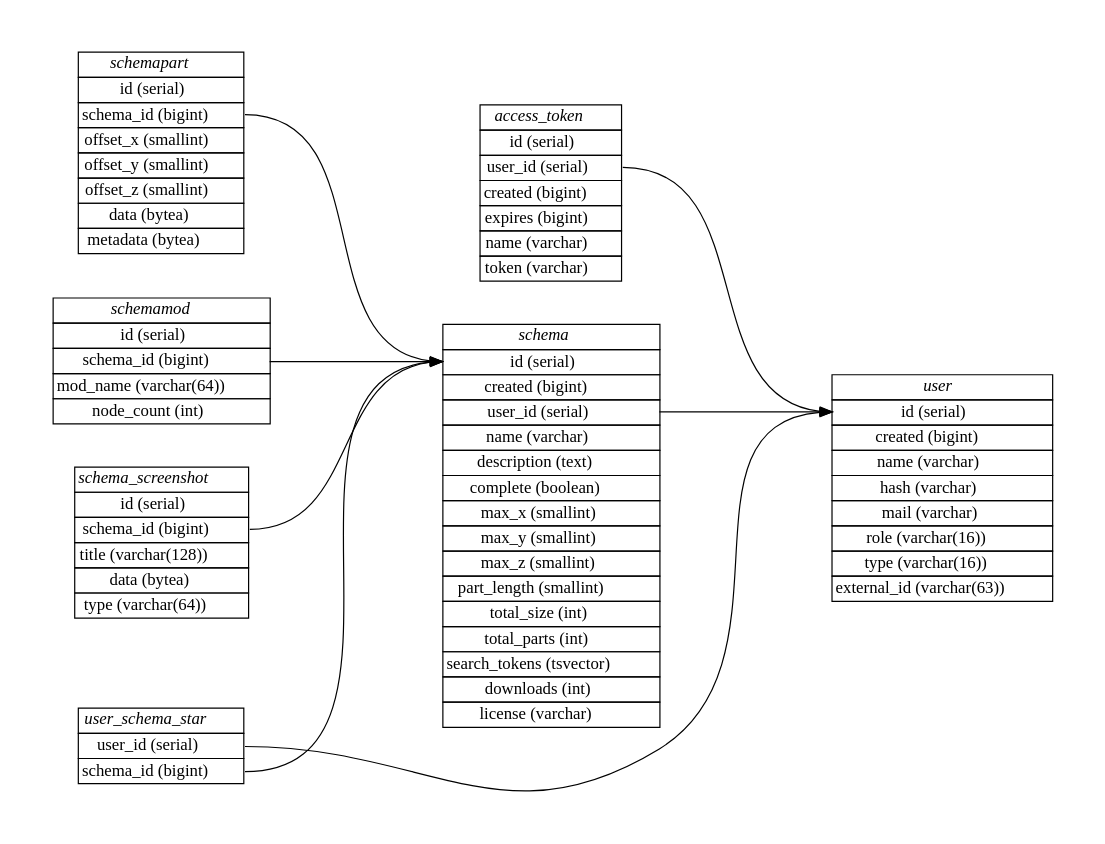
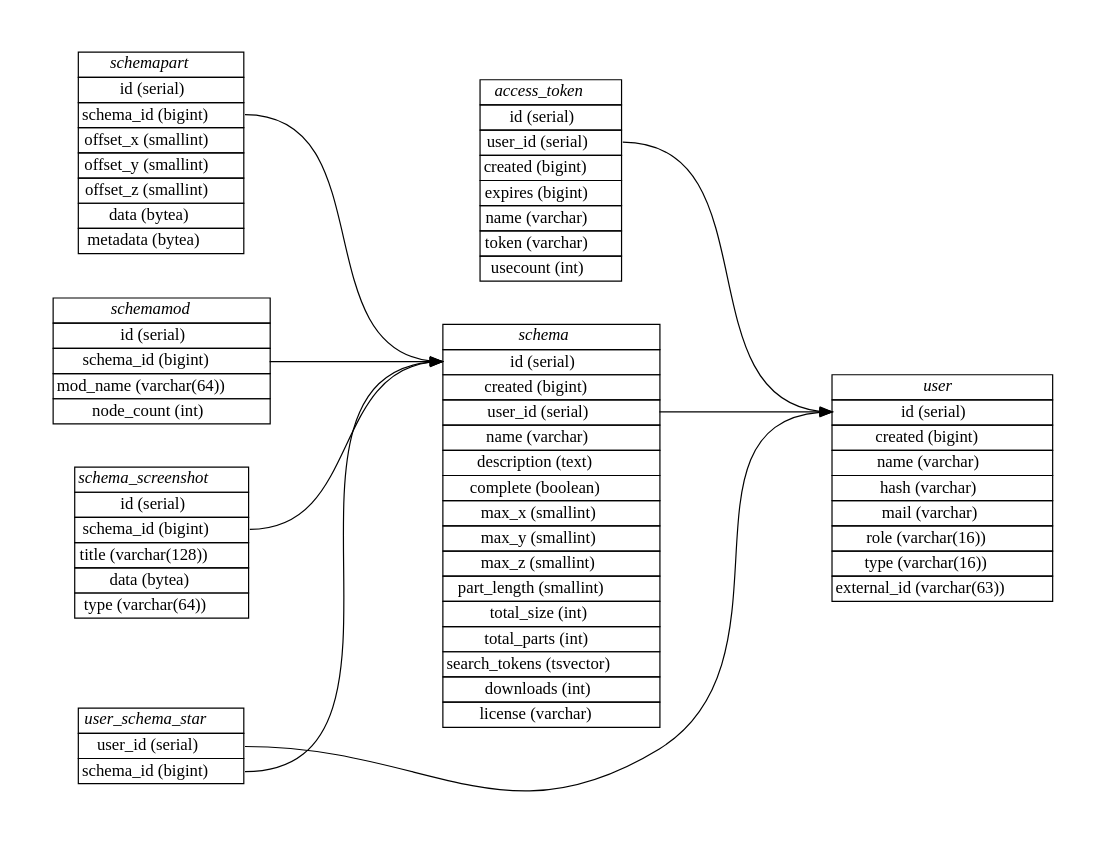
The diagram in doc/database.dot (blockexchange/blockexchange_server), drawn with Graphviz before and after one commit. The commit also changed 3 other files, not shown here.

Commit message:
add access_token.usecount field

```diff
--- a/doc/database.dot
+++ b/doc/database.dot
@@ -1,96 +1,97 @@
 digraph {
 	graph [pad="0.5", nodesep="0.5", ranksep="2"];
 	node [shape=plain]
 	rankdir=LR;
 
 	user [label=<
 	<table border="0" cellborder="1" cellspacing="0">
 	  <tr><td><i>user</i></td></tr>
 	  <tr><td port="1">id (serial)</td></tr>
 	  <tr><td port="2">created (bigint)</td></tr>
 	  <tr><td port="3">name (varchar)</td></tr>
 	  <tr><td port="4">hash (varchar)</td></tr>
 	  <tr><td port="5">mail (varchar)</td></tr>
 		<tr><td port="5a">role (varchar(16))</td></tr>
 		<tr><td port="5b">type (varchar(16))</td></tr>
 		<tr><td port="5c">external_id (varchar(63))</td></tr>
 	</table>>];
 
 	access_token [label=<
 	<table border="0" cellborder="1" cellspacing="0">
 	  <tr><td><i>access_token</i></td></tr>
 	  <tr><td port="40">id (serial)</td></tr>
 		<tr><td port="41">user_id (serial)</td></tr>
 		<tr><td port="42">created (bigint)</td></tr>
 		<tr><td port="43">expires (bigint)</td></tr>
 	  <tr><td port="44">name (varchar)</td></tr>
-	  <tr><td port="45">token (varchar)</td></tr>
+		<tr><td port="45">token (varchar)</td></tr>
+		<tr><td port="46">usecount (int)</td></tr>
 	</table>>];
 
 
 	schema [label=<
 	<table border="0" cellborder="1" cellspacing="0">
 	  <tr><td><i>schema</i></td></tr>
 	  <tr><td port="6">id (serial)</td></tr>
 	  <tr><td port="7">created (bigint)</td></tr>
 	  <tr><td port="8">user_id (serial)</td></tr>
 	  <tr><td port="9">name (varchar)</td></tr>
 	  <tr><td port="10">description (text)</td></tr>
 	  <tr><td port="11">complete (boolean)</td></tr>
 	  <tr><td port="12">max_x (smallint)</td></tr>
 	  <tr><td port="13">max_y (smallint)</td></tr>
 	  <tr><td port="14">max_z (smallint)</td></tr>
 	  <tr><td port="15">part_length (smallint)</td></tr>
 	  <tr><td port="16">total_size (int)</td></tr>
 	  <tr><td port="17">total_parts (int)</td></tr>
 	  <tr><td port="18">search_tokens (tsvector)</td></tr>
 	  <tr><td port="19">downloads (int)</td></tr>
 	  <tr><td port="20">license (varchar)</td></tr>
 	</table>>];
 
 	schemapart [label=<
 	<table border="0" cellborder="1" cellspacing="0">
 	  <tr><td><i>schemapart</i></td></tr>
 	  <tr><td port="22">id (serial)</td></tr>
 	  <tr><td port="23">schema_id (bigint)</td></tr>
 	  <tr><td port="24">offset_x (smallint)</td></tr>
 	  <tr><td port="25">offset_y (smallint)</td></tr>
 	  <tr><td port="26">offset_z (smallint)</td></tr>
 	  <tr><td port="27">data (bytea)</td></tr>
 	  <tr><td port="28">metadata (bytea)</td></tr>
 	</table>>];
 
 	schemamod [label=<
 	<table border="0" cellborder="1" cellspacing="0">
 	  <tr><td><i>schemamod</i></td></tr>
 	  <tr><td port="29">id (serial)</td></tr>
 	  <tr><td port="30">schema_id (bigint)</td></tr>
 	  <tr><td port="31">mod_name (varchar(64))</td></tr>
 	  <tr><td port="32">node_count (int)</td></tr>
 	</table>>];
 
 	user_schema_star [label=<
 	<table border="0" cellborder="1" cellspacing="0">
 	  <tr><td><i>user_schema_star</i></td></tr>
 	  <tr><td port="33">user_id (serial)</td></tr>
 	  <tr><td port="34">schema_id (bigint)</td></tr>
 	</table>>];
 
 	schema_screenshot [label=<
 	<table border="0" cellborder="1" cellspacing="0">
 	  <tr><td><i>schema_screenshot</i></td></tr>
 	  <tr><td port="35">id (serial)</td></tr>
 	  <tr><td port="36">schema_id (bigint)</td></tr>
 	  <tr><td port="37">title (varchar(128))</td></tr>
 	  <tr><td port="38">data (bytea)</td></tr>
 	  <tr><td port="39">type (varchar(64))</td></tr>
 	</table>>];
 
 	schema:8 -> user:1;
 	access_token:41 -> user:1
 	schemapart:23 -> schema:6;
 	schemamod:30 -> schema:6;
 	user_schema_star:33 -> user:1;
 	user_schema_star:34 -> schema:6;
 	schema_screenshot:36 -> schema:6;
 }
```
